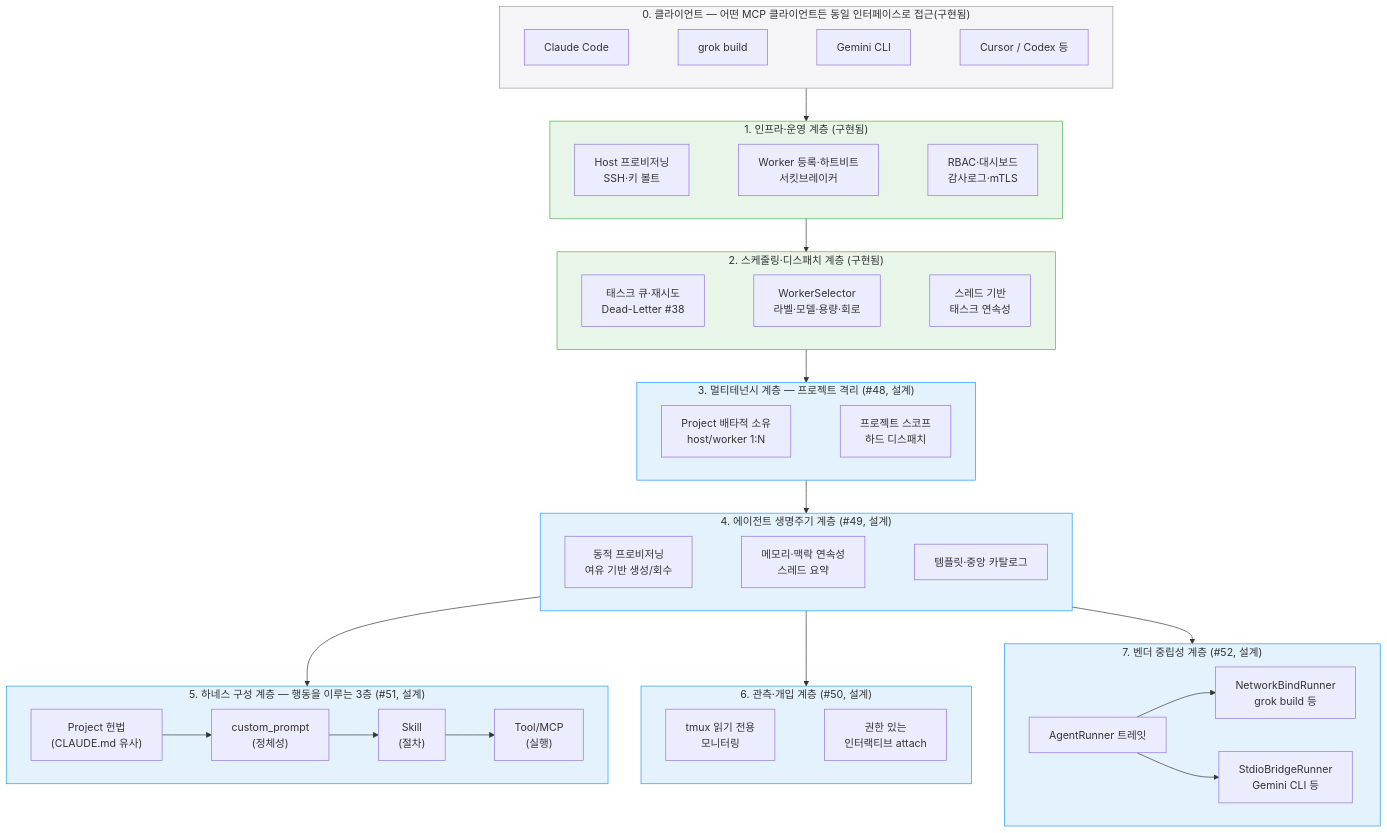
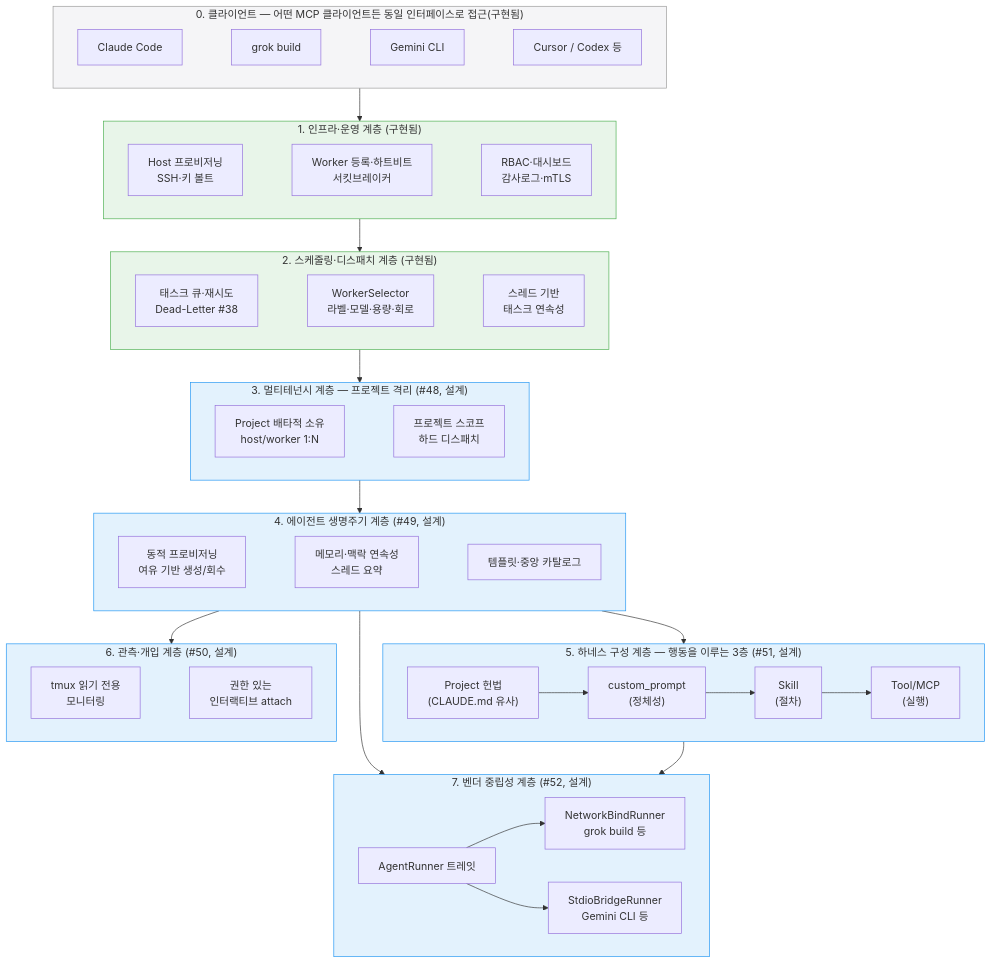
One commit to yarang/grok-fleet-orchestrator changed the diagram in docs/assets/diagrams/architecture/platform-layer-stack.mermaid. Above: the diagram before and after it, drawn with Mermaid. The commit also changed 5 other files, not shown here.

```diff
--- a/docs/assets/diagrams/architecture/platform-layer-stack.mermaid
+++ b/docs/assets/diagrams/architecture/platform-layer-stack.mermaid
@@ -1,54 +1,55 @@
 flowchart TB
     subgraph L0["0. 클라이언트 — 어떤 MCP 클라이언트든 동일 인터페이스로 접근(구현됨)"]
         direction LR
         C1[Claude Code] ~~~ C2[grok build] ~~~ C3[Gemini CLI] ~~~ C4[Cursor / Codex 등]
     end
 
     subgraph L1["1. 인프라·운영 계층 (구현됨)"]
         direction LR
         I1[Host 프로비저닝<br/>SSH·키 볼트] ~~~ I2[Worker 등록·하트비트<br/>서킷브레이커] ~~~ I3[RBAC·대시보드<br/>감사로그·mTLS]
     end
 
     subgraph L2["2. 스케줄링·디스패치 계층 (구현됨)"]
         direction LR
         S1[태스크 큐·재시도<br/>Dead-Letter #38] ~~~ S2[WorkerSelector<br/>라벨·모델·용량·회로] ~~~ S3[스레드 기반<br/>태스크 연속성]
     end
 
     subgraph L3["3. 멀티테넌시 계층 — 프로젝트 격리 (#48, 설계)"]
         direction LR
         P1[Project 배타적 소유<br/>host/worker 1:N] ~~~ P2[프로젝트 스코프<br/>하드 디스패치]
     end
 
     subgraph L4["4. 에이전트 생명주기 계층 (#49, 설계)"]
         direction LR
         A1[동적 프로비저닝<br/>여유 기반 생성/회수] ~~~ A2[메모리·맥락 연속성<br/>스레드 요약] ~~~ A3[템플릿·중앙 카탈로그]
     end
 
     subgraph L5["5. 하네스 구성 계층 — 행동을 이루는 3층 (#51, 설계)"]
         direction LR
         H1["Project 헌법<br/>(CLAUDE.md 유사)"] --> H2["custom_prompt<br/>(정체성)"] --> H3["Skill<br/>(절차)"] --> H4["Tool/MCP<br/>(실행)"]
     end
 
     subgraph L6["6. 관측·개입 계층 (#50, 설계)"]
         direction LR
         O1[tmux 읽기 전용<br/>모니터링] ~~~ O2[권한 있는<br/>인터랙티브 attach]
     end
 
     subgraph L7["7. 벤더 중립성 계층 (#52, 설계)"]
         direction LR
         V1[AgentRunner 트레잇] --> V2[NetworkBindRunner<br/>grok build 등]
         V1 --> V3[StdioBridgeRunner<br/>Gemini CLI 등]
     end
 
     L0 --> L1 --> L2 --> L3 --> L4 --> L5
     L4 --> L6
     L4 --> L7
+    L5 --> L7
 
     style L0 fill:#f5f5f7,stroke:#999
     style L1 fill:#e8f5e9,stroke:#4caf50
     style L2 fill:#e8f5e9,stroke:#4caf50
     style L3 fill:#e3f2fd,stroke:#2196f3
     style L4 fill:#e3f2fd,stroke:#2196f3
     style L5 fill:#e3f2fd,stroke:#2196f3
     style L6 fill:#e3f2fd,stroke:#2196f3
     style L7 fill:#e3f2fd,stroke:#2196f3
```
